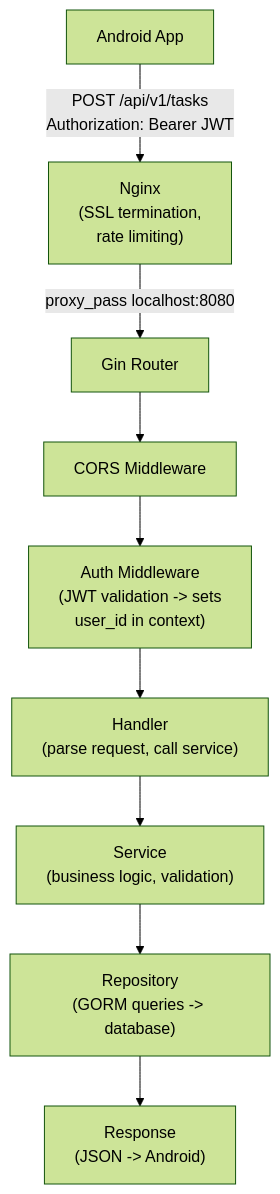
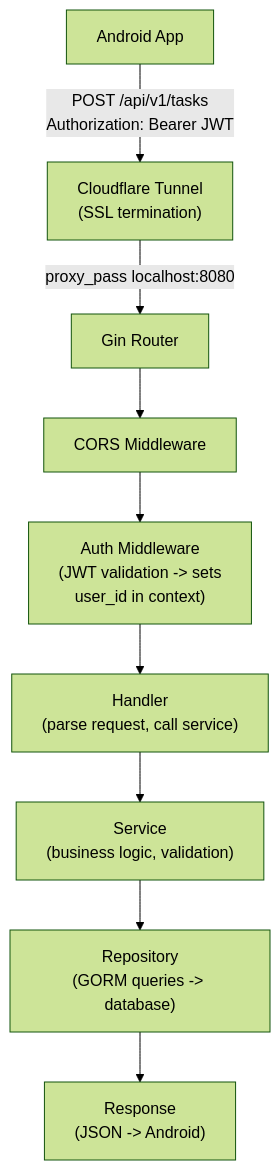
Before and after one commit to nhannht/viecz: the second of 10 diagrams in docs/technical/ARCHITECTURE.md, drawn with Mermaid (forest theme). The commit also changed other lines of this file and 8 other files, not shown here.

````diff
--- a/docs/technical/ARCHITECTURE.md
+++ b/docs/technical/ARCHITECTURE.md
@@ -80,21 +80,21 @@
 ```mermaid
 graph TD
     A["Android App"]
-    B["Nginx<br/>(SSL termination,<br/>rate limiting)"]
+    B["Cloudflare Tunnel<br/>(SSL termination)"]
     C["Gin Router"]
     D["CORS Middleware"]
     E["Auth Middleware<br/>(JWT validation -> sets<br/>user_id in context)"]
     F["Handler<br/>(parse request, call service)"]
     G["Service<br/>(business logic, validation)"]
     H["Repository<br/>(GORM queries -> database)"]
     I["Response<br/>(JSON -> Android)"]
 
     A -- "POST /api/v1/tasks<br/>Authorization: Bearer JWT" --> B
     B -- "proxy_pass localhost:8080" --> C
     C --> D
     D --> E
     E --> F
     F --> G
     G --> H
     H --> I
 ```
````
